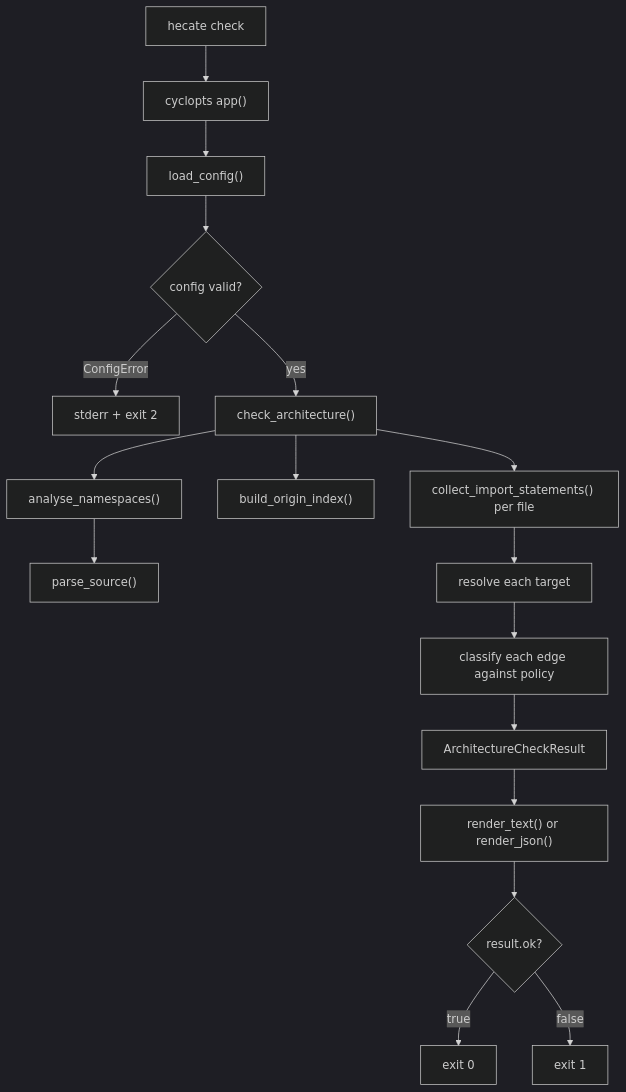
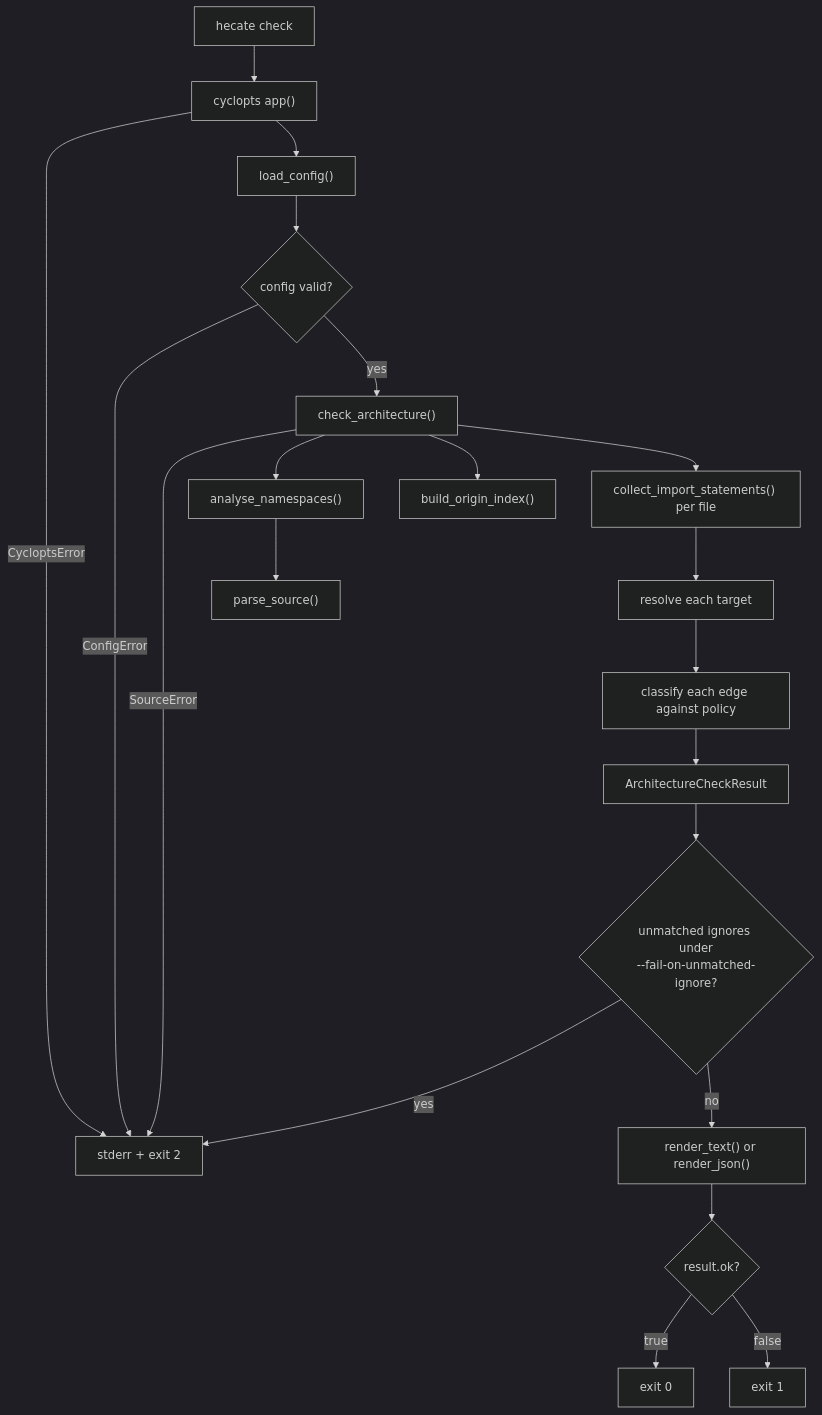
One commit to leynos/hecate changed the diagram in docs/developers-guide.md. Above: the diagram before and after it, drawn with Mermaid (dark theme). The commit also changed other lines of this file, not shown here.

Commit message:
Show every exit-2 route in the guide flowchart
The execution-flow diagram showed only the ConfigError branch reaching
stderr and exit code 2, although the prose below it documents four such
routes: ConfigError, SourceError, CycloptsError, and the
unmatched-ignore failure under --fail-on-unmatched-ignore.

Add the three missing branches and let them share one stderr node, so
the diagram and the exit-code table agree. SourceError is emitted from
the check_architecture call, CycloptsError from the app() call, and the
unmatched-ignore check sits between the result and rendering, which is
what the new shape shows.

````diff
--- a/docs/developers-guide.md
+++ b/docs/developers-guide.md
@@ -70,19 +70,23 @@
 ```mermaid
 flowchart TD
     A["hecate check"] --> B["cyclopts app()"]
+    B -->|"CycloptsError"| Z2["stderr + exit 2"]
     B --> C["load_config()"]
     C --> D{"config valid?"}
-    D -->|"ConfigError"| Z2["stderr + exit 2"]
+    D -->|"ConfigError"| Z2
     D -->|"yes"| E["check_architecture()"]
+    E -->|"SourceError"| Z2
     E --> F["analyse_namespaces()"]
     F --> G["parse_source()"]
     E --> H["build_origin_index()"]
     E --> I["collect_import_statements() per file"]
     I --> J["resolve each target"]
     J --> K["classify each edge against policy"]
     K --> L["ArchitectureCheckResult"]
-    L --> M["render_text() or render_json()"]
+    L --> P{"unmatched ignores under\n--fail-on-unmatched-ignore?"}
+    P -->|"yes"| Z2
+    P -->|"no"| M["render_text() or render_json()"]
     M --> N{"result.ok?"}
     N -->|"true"| Z0["exit 0"]
     N -->|"false"| Z1["exit 1"]
 ```
````
